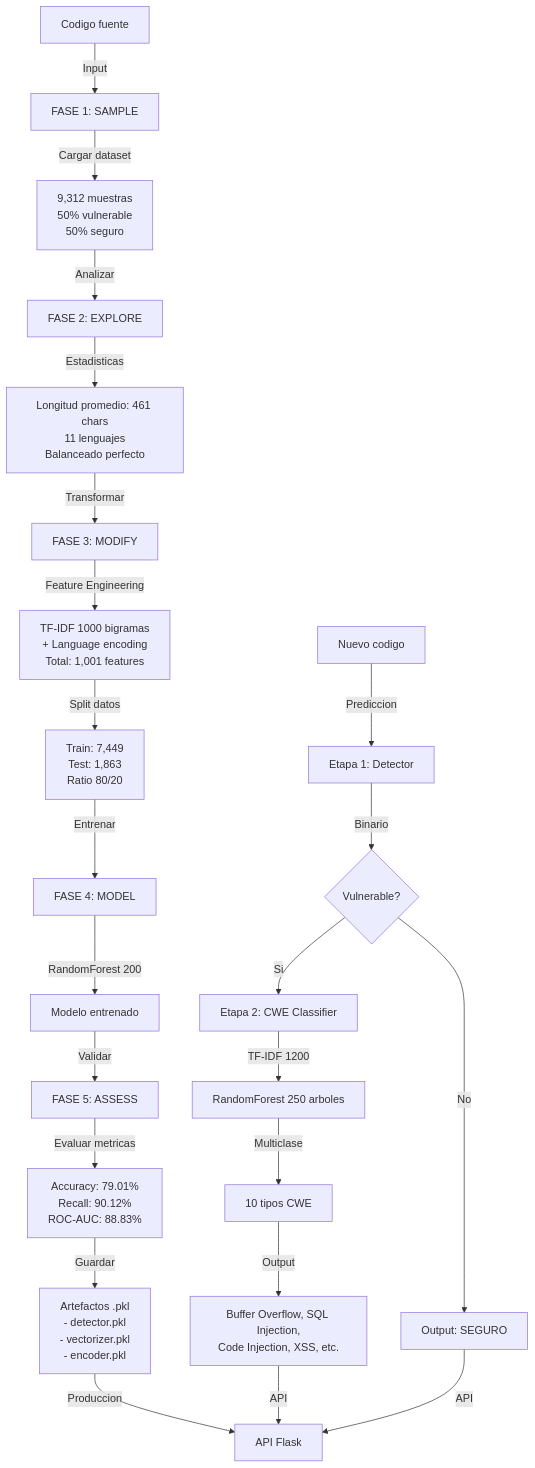
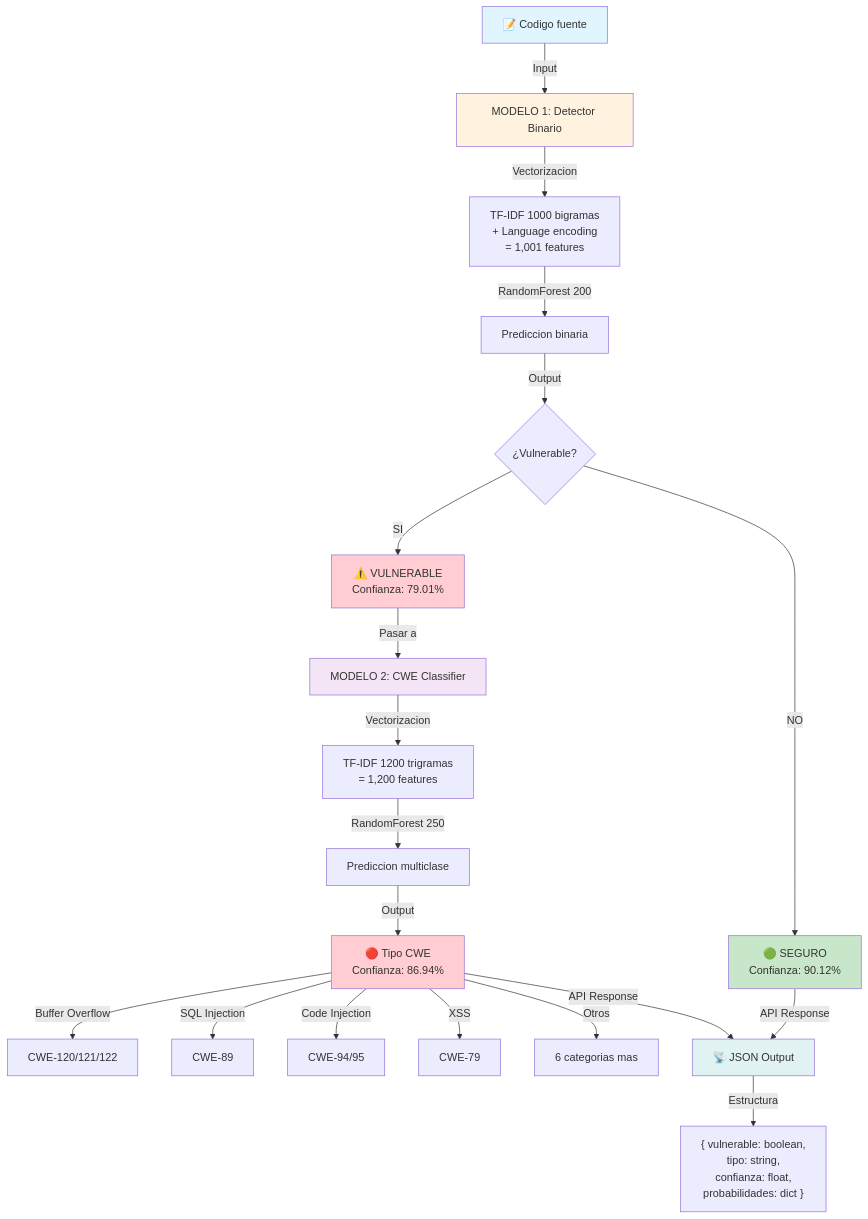
One commit to elkinpabon/CVEfixes-SEMMA-Analysis changed the diagram in README.md. Above: the diagram before and after it, drawn with Mermaid. The commit also changed other lines of this file and 7 other files, not shown here.

````diff
--- a/README.md
+++ b/README.md
@@ -220,33 +235,35 @@
 ```mermaid
 graph TD
-    A["Codigo fuente"] -->|Input| B["FASE 1: SAMPLE"]
-    B -->|Cargar dataset| C["9,312 muestras<br/>50% vulnerable<br/>50% seguro"]
+    A["📝 Codigo fuente"] -->|Input| B["MODELO 1: Detector Binario"]
     
-    C -->|Analizar| D["FASE 2: EXPLORE"]
-    D -->|Estadisticas| E["Longitud promedio: 461 chars<br/>11 lenguajes<br/>Balanceado perfecto"]
+    B -->|Vectorizacion| B1["TF-IDF 1000 bigramas<br/>+ Language encoding<br/>= 1,001 features"]
+    B1 -->|RandomForest 200| B2["Prediccion binaria"]
+    B2 -->|Output| B3{"¿Vulnerable?"}
     
-    E -->|Transformar| F["FASE 3: MODIFY"]
-    F -->|Feature Engineering| G["TF-IDF 1000 bigramas<br/>+ Language encoding<br/>Total: 1,001 features"]
-    G -->|Split datos| H["Train: 7,449<br/>Test: 1,863<br/>Ratio 80/20"]
+    B3 -->|NO| C["🟢 SEGURO<br/>Confianza: 90.12%"]
+    B3 -->|SI| D["⚠️ VULNERABLE<br/>Confianza: 79.01%"]
     
-    H -->|Entrenar| I["FASE 4: MODEL"]
-    I -->|RandomForest 200| J["Modelo entrenado"]
+    D -->|Pasar a| E["MODELO 2: CWE Classifier"]
+    E -->|Vectorizacion| E1["TF-IDF 1200 trigramas<br/>= 1,200 features"]
+    E1 -->|RandomForest 250| E2["Prediccion multiclase"]
+    E2 -->|Output| E3["🔴 Tipo CWE<br/>Confianza: 86.94%"]
     
-    J -->|Validar| K["FASE 5: ASSESS"]
-    K -->|Evaluar metricas| L["Accuracy: 79.01%<br/>Recall: 90.12%<br/>ROC-AUC: 88.83%"]
+    E3 -->|Buffer Overflow| F1["CWE-120/121/122"]
+    E3 -->|SQL Injection| F2["CWE-89"]
+    E3 -->|Code Injection| F3["CWE-94/95"]
+    E3 -->|XSS| F4["CWE-79"]
+    E3 -->|Otros| F5["6 categorias mas"]
     
-    L -->|Guardar| M["Artefactos .pkl<br/>- detector.pkl<br/>- vectorizer.pkl<br/>- encoder.pkl"]
+    C -->|API Response| G["📡 JSON Output"]
+    E3 -->|API Response| G
     
-    N["Nuevo codigo"] -->|Prediccion| O["Etapa 1: Detector"]
-    O -->|Binario| P{"Vulnerable?"}
-    P -->|Si| Q["Etapa 2: CWE Classifier"]
-    P -->|No| R["Output: SEGURO"]
+    G -->|Estructura| H["{ vulnerable: boolean,<br/>tipo: string,<br/>confianza: float,<br/>probabilidades: dict }"]
     
-    Q -->|TF-IDF 1200| S["RandomForest 250 arboles"]
-    S -->|Multiclase| T["10 tipos CWE"]
-    T -->|Output| U["Buffer Overflow, SQL Injection,<br/>Code Injection, XSS, etc."]
-    
-    M -->|Produccion| V["API Flask"]
-    U -->|API| V
-    R -->|API| V
+    style A fill:#e1f5ff
+    style B fill:#fff3e0
+    style C fill:#c8e6c9
+    style D fill:#ffcdd2
+    style E fill:#f3e5f5
+    style E3 fill:#ffcdd2
+    style G fill:#e0f2f1
 ```
````
